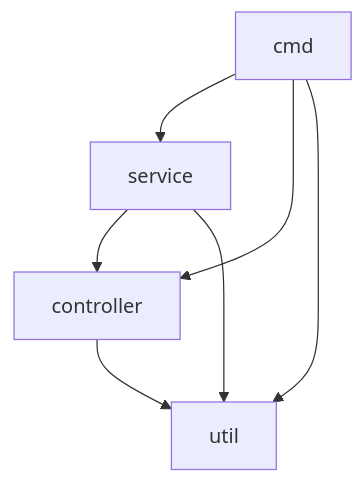
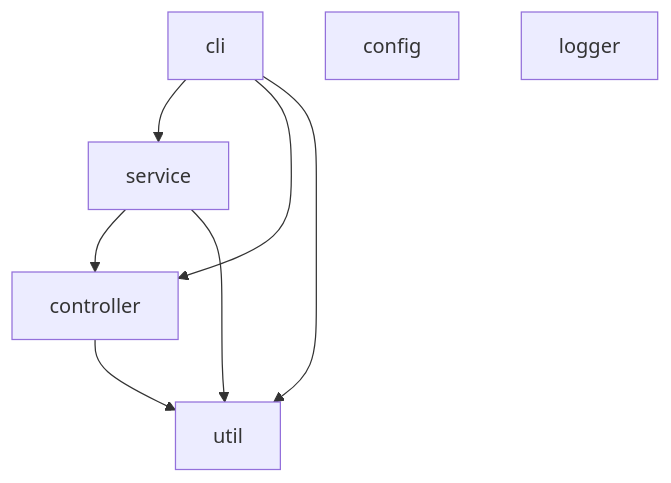
The diagram in README.md (tuana9a/kp), drawn with Mermaid before and after one commit. The commit also changed other lines of this file and 15 other files, not shown here.

````diff
--- a/README.md
+++ b/README.md
@@ -36,9 +36,11 @@
 ```mermaid
 graph TD;
-  cmd-->service;
-  cmd-->controller;
+  cli-->service;
+  cli-->controller;
   service-->controller;
   service-->util;
-  cmd-->util;
+  cli-->util;
   controller-->util;
+  config;
+  logger;
 ```
````
